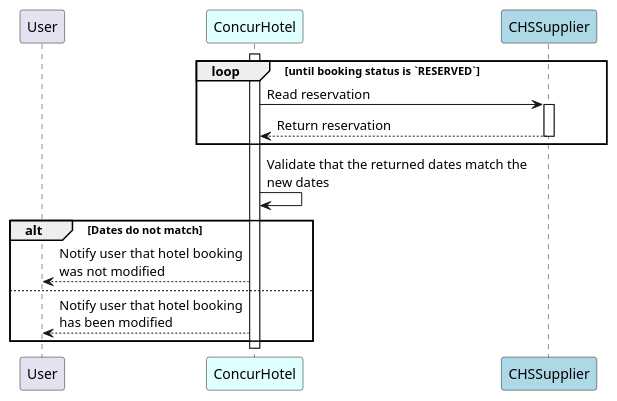
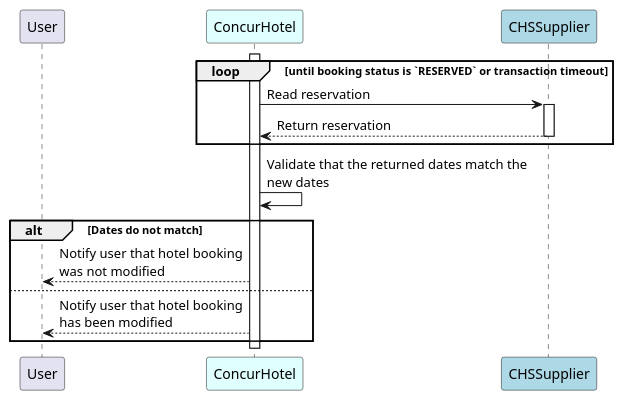
One commit to SAP-docs/preview.developer.concur.com changed the diagram in src/api-reference/direct-connects/hotel-service-4/images/diagrams/hotel-modify-recover.puml. Above: the diagram before and after it, drawn with PlantUML. The commit also changed 4 other files, not shown here.

```diff
--- a/src/api-reference/direct-connects/hotel-service-4/images/diagrams/hotel-modify-recover.puml
+++ b/src/api-reference/direct-connects/hotel-service-4/images/diagrams/hotel-modify-recover.puml
@@ -1,22 +1,22 @@
 @startuml hotel-modify
 
 participant "User" as user
 
 participant ConcurHotel as cHotel #Lightcyan
 participant "CHSSupplier" as supply #LightBlue
 
 activate cHotel
-loop until booking status is `RESERVED`
+loop until booking status is `RESERVED` or transaction timeout
   cHotel->supply++: Read reservation
   supply --> cHotel--: Return reservation
 end
 cHotel -> cHotel: Validate that the returned dates match the\nnew dates
 alt Dates do not match
   cHotel -->user: Notify user that hotel booking\nwas not modified
 else
   cHotel -->user: Notify user that hotel booking\nhas been modified
 end
 deactivate cHotel
 
 
 @enduml
```
